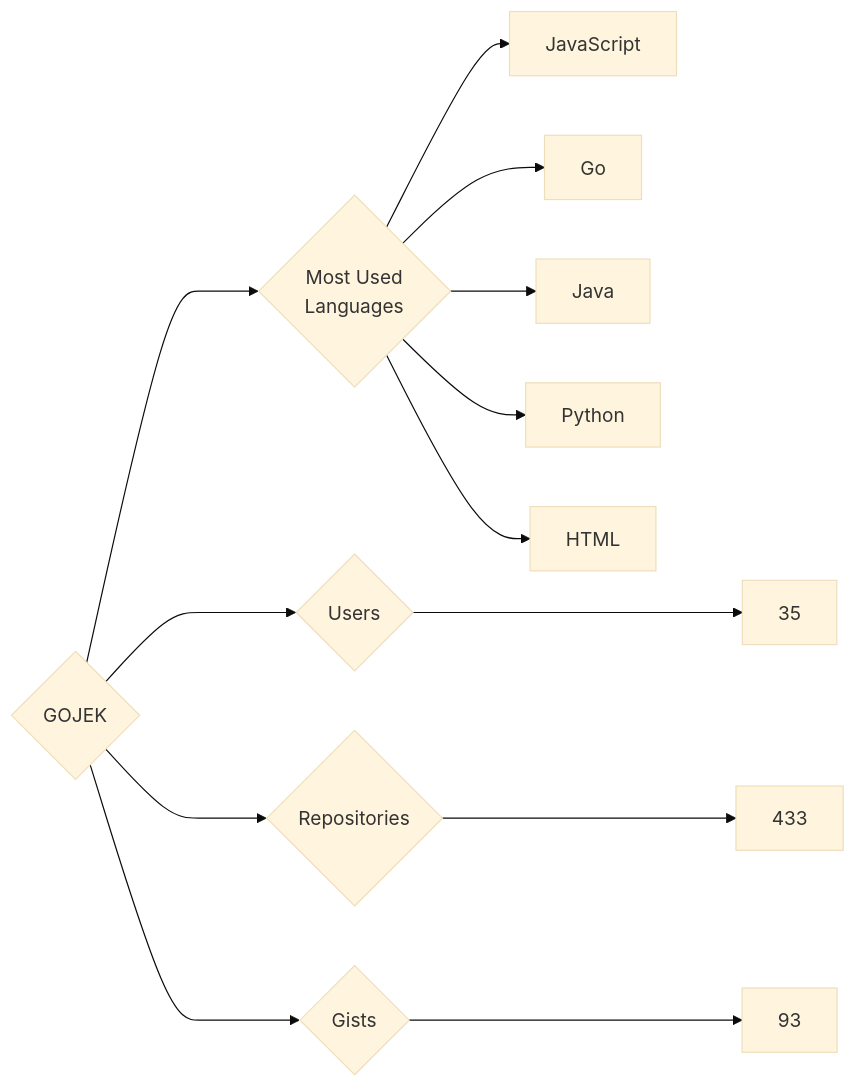
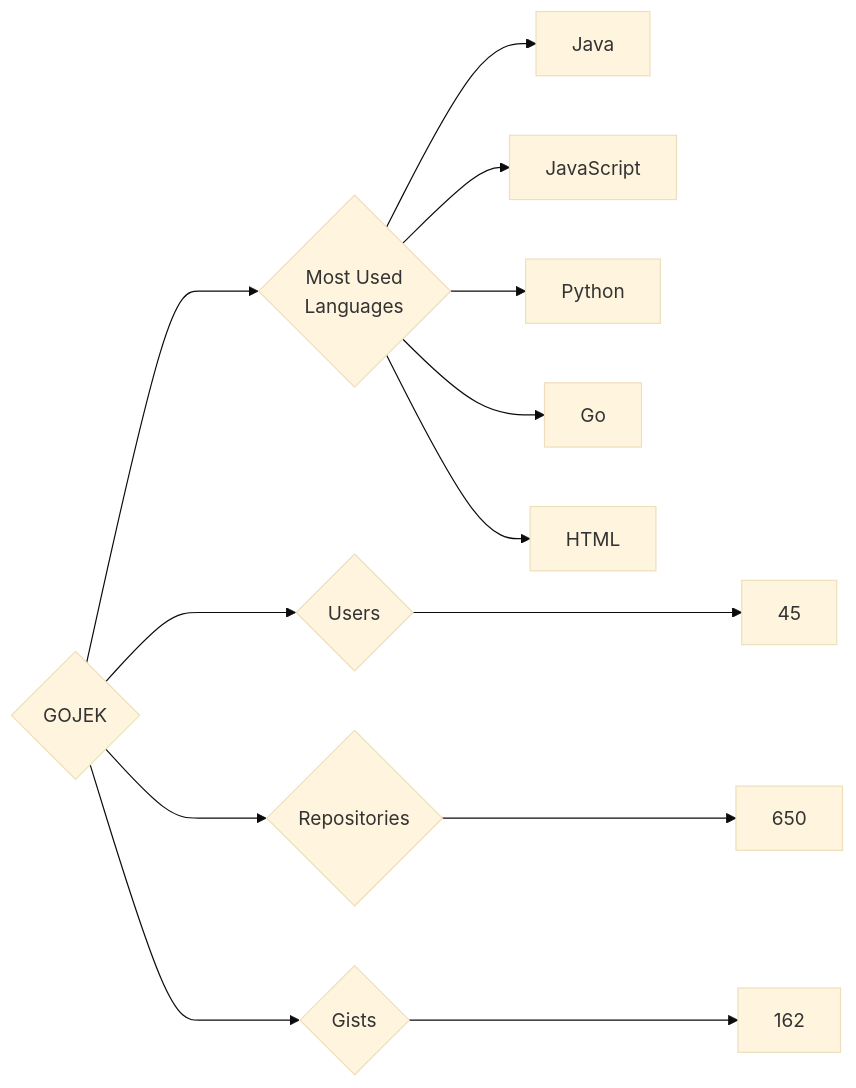
One commit to trickest/insiders changed the diagram in targets/GOJEK/README.md. Above: the diagram before and after it, drawn with Mermaid (base theme). The commit also changed 888 other files, not shown here.

````diff
--- a/targets/GOJEK/README.md
+++ b/targets/GOJEK/README.md
@@ -3,13 +3,13 @@
 ```mermaid
 graph LR
 COMPANY_NAME{GOJEK}
-COMPANY_NAME ---> U{Users} ---> UN[35]
-COMPANY_NAME ---> R{Repositories} ---> RN[433]
-COMPANY_NAME ---> G{Gists} ---> GN[93]
+COMPANY_NAME ---> U{Users} ---> UN[45]
+COMPANY_NAME ---> R{Repositories} ---> RN[650]
+COMPANY_NAME ---> G{Gists} ---> GN[162]
 COMPANY_NAME ---> ML{Most Used<br>Languages}
+ML --> Java[Java]
 ML --> JavaScript[JavaScript]
+ML --> Python[Python]
 ML --> Go[Go]
-ML --> Java[Java]
-ML --> Python[Python]
 ML --> HTML[HTML]
 ```
````
